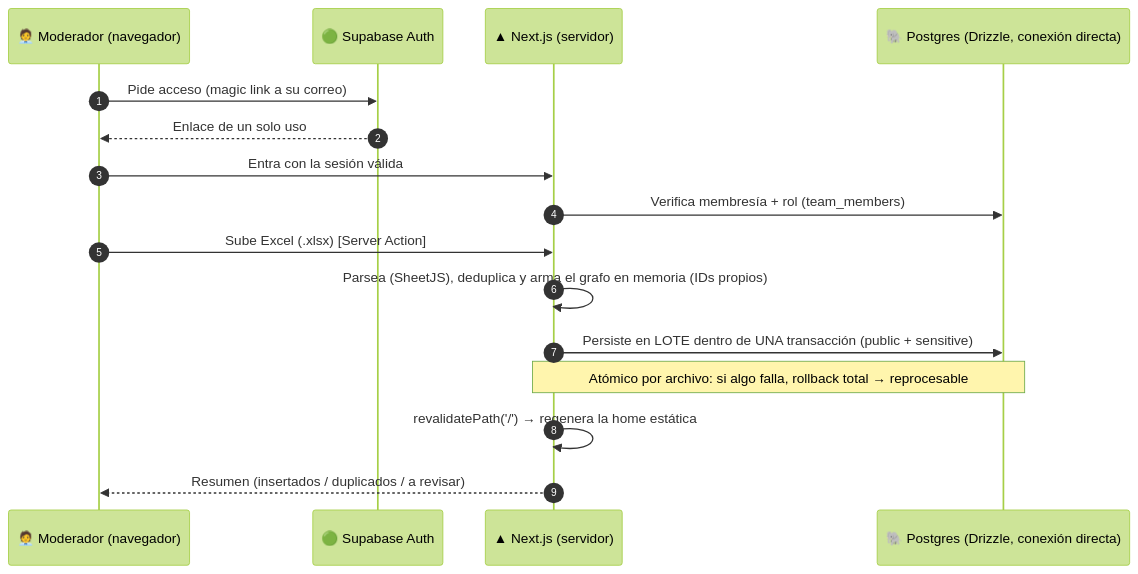
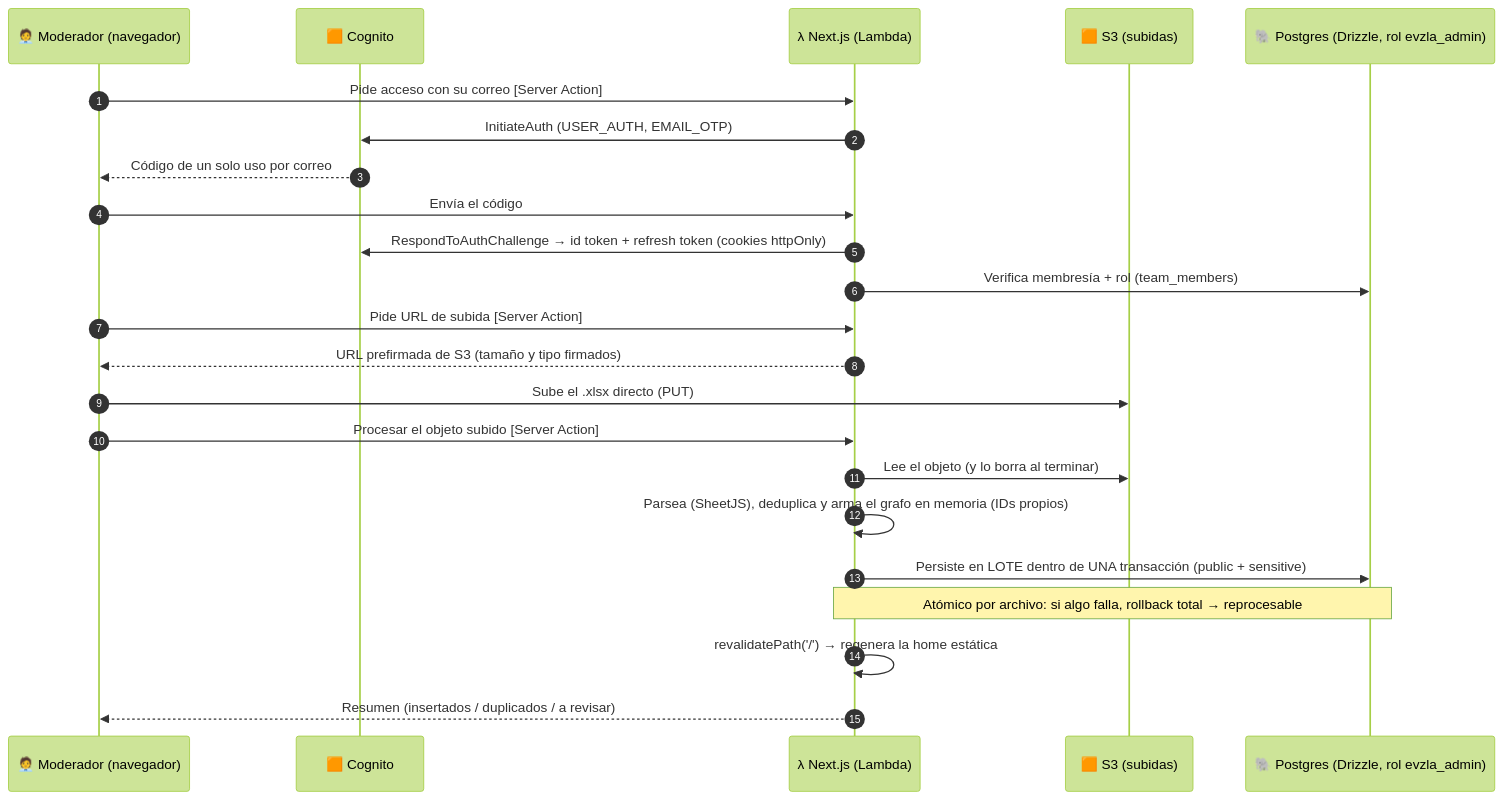
Before and after one commit to jorgeluisd/encuentramevzla: the fourth of 7 diagrams in docs/ARCHITECTURE.md, drawn with Mermaid (forest theme). The commit also changed other lines of this file and 54 other files, not shown here.

````diff
--- a/docs/ARCHITECTURE.md
+++ b/docs/ARCHITECTURE.md
@@ -165,19 +168,26 @@
 ```mermaid
 sequenceDiagram
     autonumber
     participant M as 🧑‍💼 Moderador (navegador)
-    participant Auth as 🟢 Supabase Auth
-    participant N as ▲ Next.js (servidor)
-    participant DB as 🐘 Postgres (Drizzle, conexión directa)
+    participant C as 🟧 Cognito
+    participant N as λ Next.js (Lambda)
+    participant S3 as 🟧 S3 (subidas)
+    participant DB as 🐘 Postgres (Drizzle, rol evzla_admin)
 
-    M->>Auth: Pide acceso (magic link a su correo)
-    Auth-->>M: Enlace de un solo uso
-    M->>N: Entra con la sesión válida
+    M->>N: Pide acceso con su correo [Server Action]
+    N->>C: InitiateAuth (USER_AUTH, EMAIL_OTP)
+    C-->>M: Código de un solo uso por correo
+    M->>N: Envía el código
+    N->>C: RespondToAuthChallenge → id token + refresh token (cookies httpOnly)
     N->>DB: Verifica membresía + rol (team_members)
-    M->>N: Sube Excel (.xlsx) [Server Action]
+    M->>N: Pide URL de subida [Server Action]
+    N-->>M: URL prefirmada de S3 (tamaño y tipo firmados)
+    M->>S3: Sube el .xlsx directo (PUT)
+    M->>N: Procesar el objeto subido [Server Action]
+    N->>S3: Lee el objeto (y lo borra al terminar)
     N->>N: Parsea (SheetJS), deduplica y arma el grafo en memoria (IDs propios)
     N->>DB: Persiste en LOTE dentro de UNA transacción (public + sensitive)
     Note over N,DB: Atómico por archivo: si algo falla, rollback total → reprocesable
     N->>N: revalidatePath('/') → regenera la home estática
     N-->>M: Resumen (insertados / duplicados / a revisar)
 ```
````
